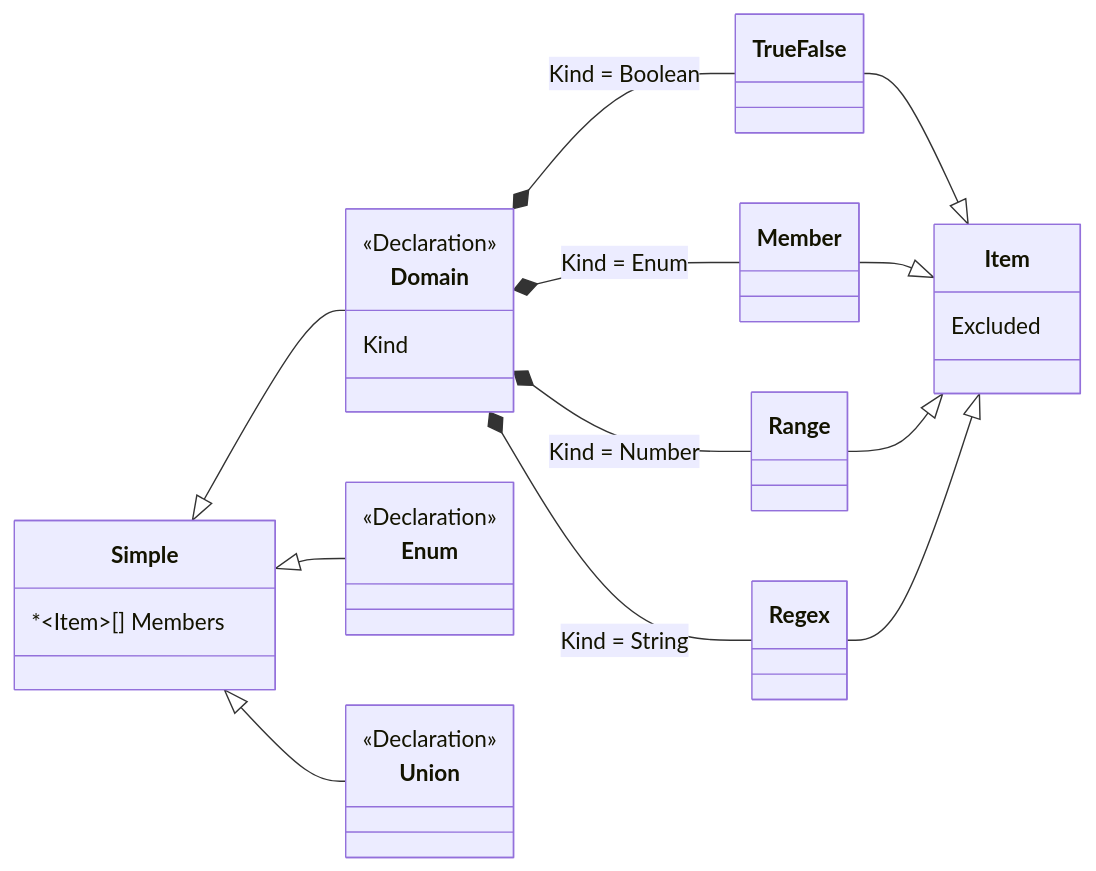
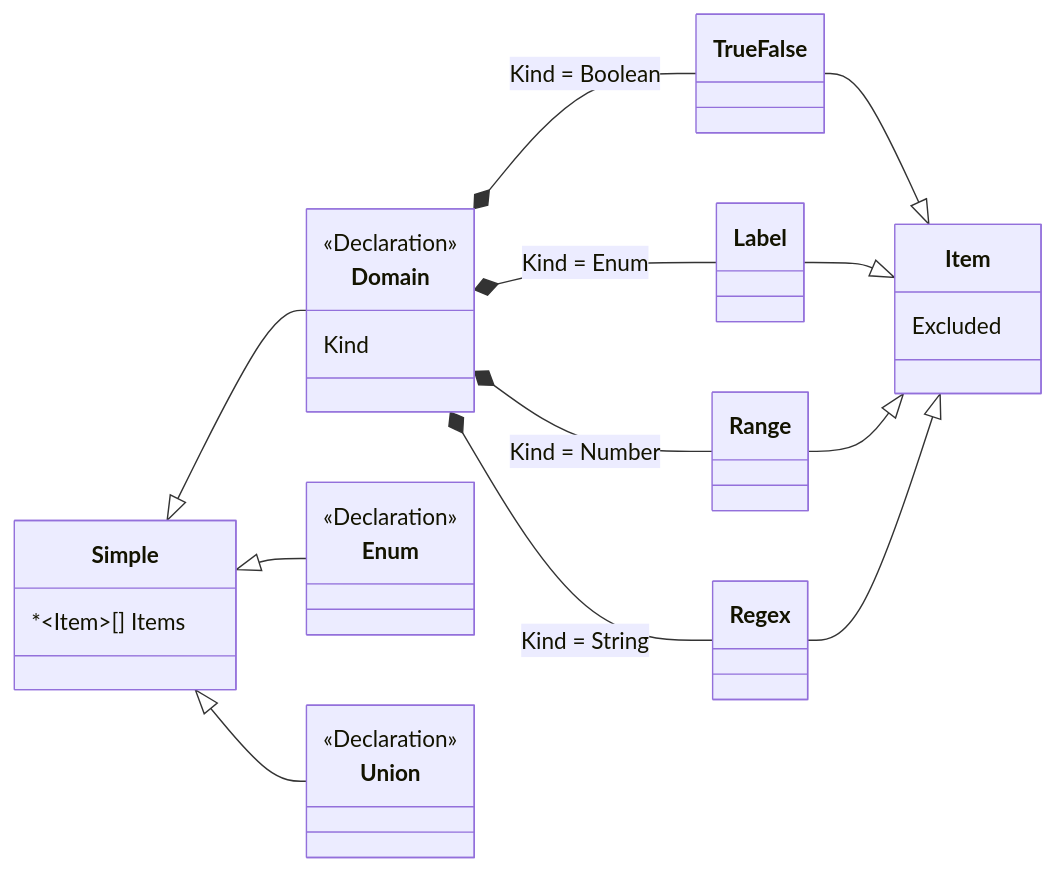
Before and after one commit to graphql-plus/graphql-plus.github.io: the third of 5 diagrams in graphql-plus/Diagrams.md, drawn with Mermaid. The commit also changed 1 other file, not shown here.

Commit message:
Further Label improvements

````diff
--- a/graphql-plus/Diagrams.md
+++ b/graphql-plus/Diagrams.md
@@ -53,28 +53,28 @@
 ```mermaid
 classDiagram
     direction LR
 
-    Simple : *~Item~[] Members
+    Simple : *~Item~[] Items
 
     Simple <|-- Domain
     Simple <|-- Enum
     Simple <|-- Union
 
     <<Declaration>> Domain
     Domain : Kind
 
     Domain *-- TrueFalse : Kind = Boolean
-    Domain *-- Member : Kind = Enum
+    Domain *-- Label : Kind = Enum
     Domain *-- Range : Kind = Number
     Domain *-- Regex : Kind = String
 
     TrueFalse --|> Item
-    Member --|> Item
+    Label --|> Item
     Range --|> Item
     Regex --|> Item
 
     Item : Excluded
 
     <<Declaration>> Enum
     <<Declaration>> Union
 ```
````
